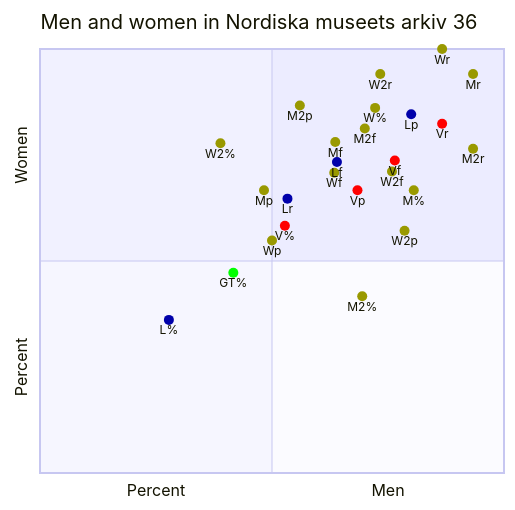
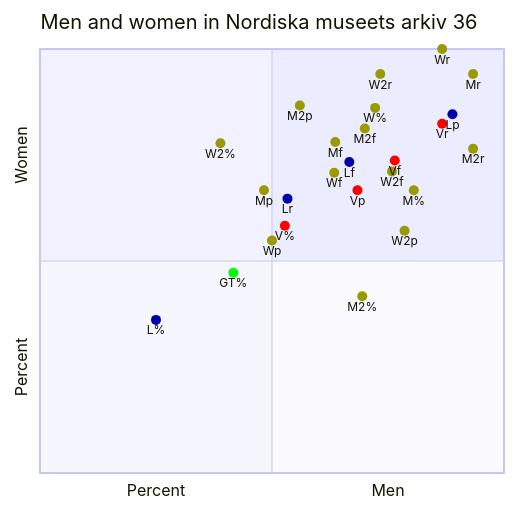
Before and after one commit to Modern36/tropes_1500: diagram 11 of 11 in browser/scatter.md, drawn with Mermaid. The commit also changed other lines of this file and 32 other files, not shown here.

````diff
--- a/browser/scatter.md
+++ b/browser/scatter.md
@@ -375,32 +375,32 @@
 ```mermaid
 quadrantChart
     title Men and women in Nordiska museets arkiv 36
     x-axis Percent --> Men
     y-axis Percent --> Women
     M%: [0.8055555555555556, 0.6666666666666666] color: #999900
     M2%: [0.6944444444444444, 0.4166666666666667] color: #999900
     W%: [0.7222222222222222, 0.8611111111111112] color: #999900
     W2%: [0.3888888888888889, 0.7777777777777778] color: #999900
     GT%: [0.4166666666666667, 0.4722222222222222] color: #00FF00
     V%: [0.5277777777777778, 0.5833333333333334] color: #FF0000
-    L%: [0.2777777777777778, 0.3611111111111111] color: #0000AA
-    Lf: [0.64, 0.7333333333333334]  color: #0000AA
-    Lp: [0.8, 0.8461538461538461]  color: #0000AA
+    L%: [0.25, 0.3611111111111111] color: #0000AA
+    Lf: [0.6666666666666667, 0.7333333333333334]  color: #0000AA
+    Lp: [0.8888888888888888, 0.8461538461538461]  color: #0000AA
     Lr: [0.5333333333333333, 0.6470588235294118]  color: #0000AA
     Vf: [0.7647058823529413, 0.7368421052631577]  color: #FF0000
     Vp: [0.6842105263157895, 0.6666666666666666]  color: #FF0000
     Vr: [0.8666666666666667, 0.8235294117647058]  color: #FF0000
     W2f: [0.7586206896551724, 0.7111111111111111]  color: #999900
     W2p: [0.7857142857142857, 0.5714285714285714]  color: #999900
     W2r: [0.7333333333333333, 0.9411764705882353]  color: #999900
     Wf: [0.6341463414634146, 0.7083333333333333]  color: #999900
     Wp: [0.5, 0.5483870967741935]  color: #999900
     Wr: [0.8666666666666667, 0.9999]  color: #999900
     M2f: [0.7000000000000001, 0.8125]  color: #999900
     M2p: [0.56, 0.8666666666666667]  color: #999900
     M2r: [0.9333333333333333, 0.7647058823529411]  color: #999900
     Mf: [0.6363636363636364, 0.7804878048780487]  color: #999900
     Mp: [0.4827586206896552, 0.6666666666666666]  color: #999900
     Mr: [0.9333333333333333, 0.9411764705882353]  color: #999900
 
 ```
````
